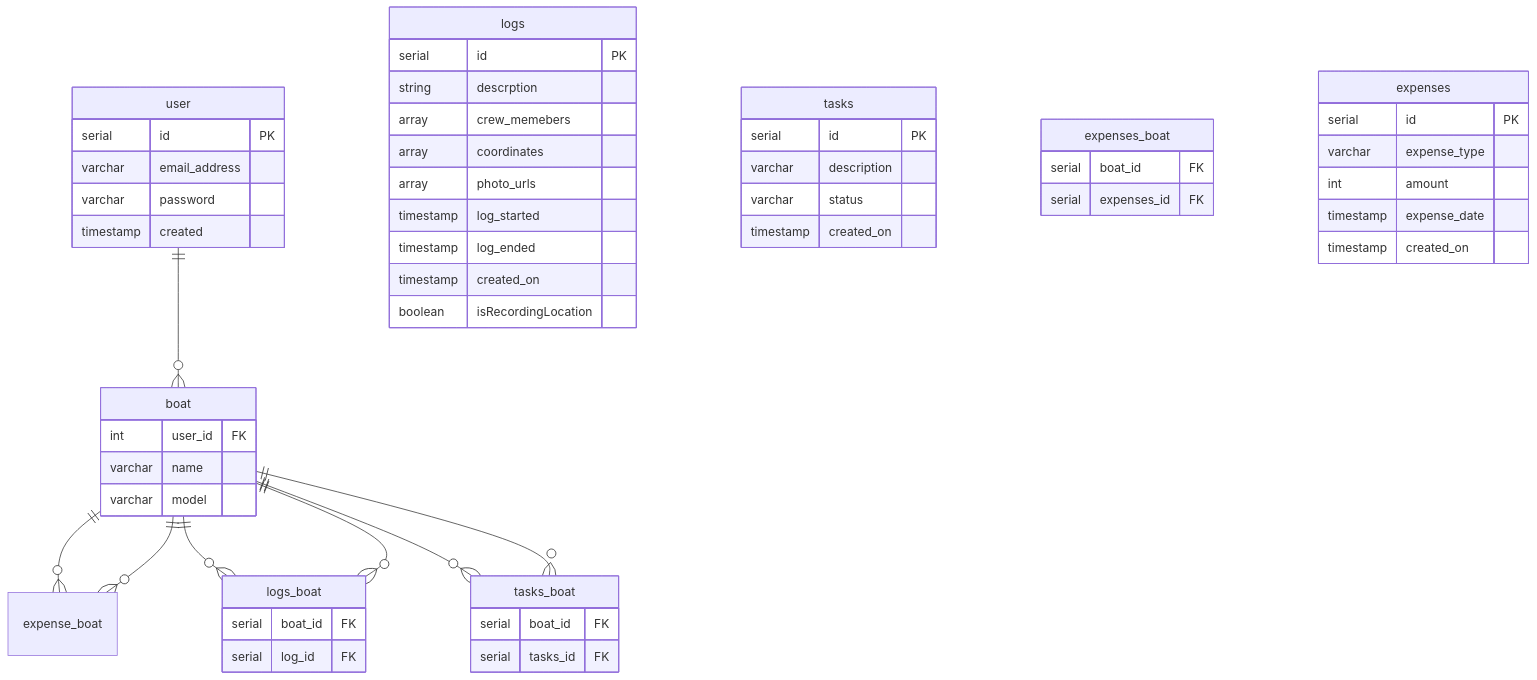
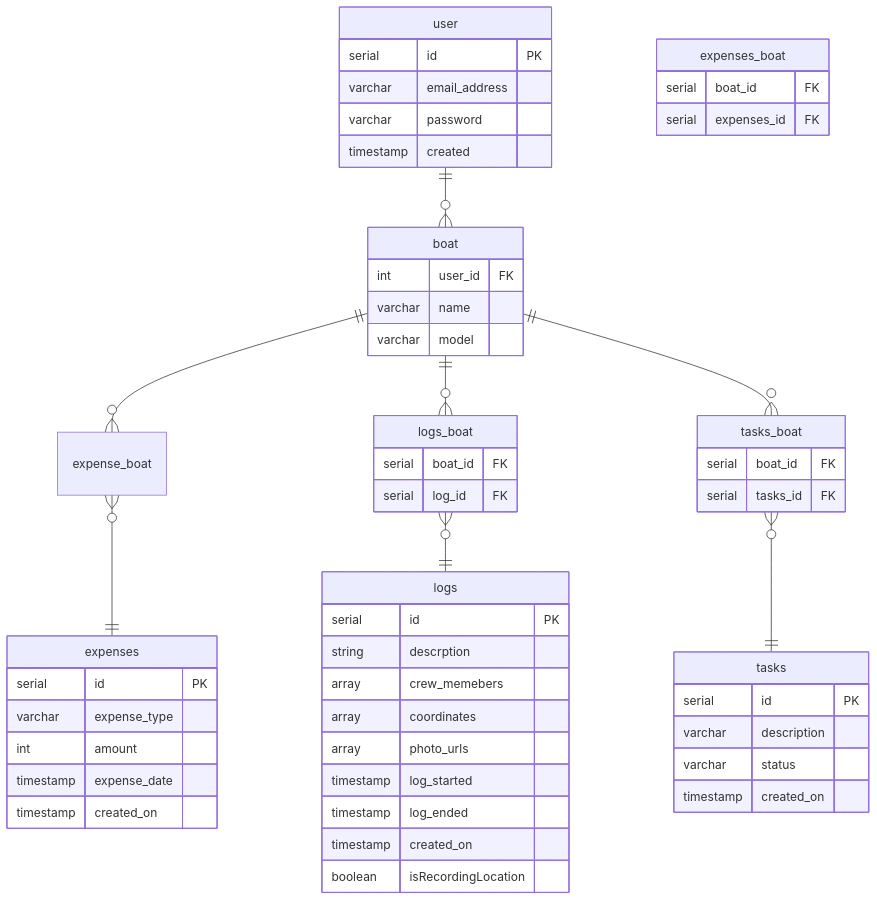
Before and after one commit to conorwaltersUno/BoatOwner: the second of 2 diagrams in README.md, drawn with Mermaid.

Commit message:
ERD updates #3

````diff
--- a/README.md
+++ b/README.md
@@ -32,60 +32,60 @@
 ```mermaid
 erDiagram
     user ||--o{ boat : ""
     boat ||--o{ expense_boat : ""
     boat ||--o{ logs_boat : ""
     boat ||--o{ tasks_boat : ""
-    expense_boat }o--|| boat : ""
-    logs_boat }o--|| boat : ""
-    tasks_boat }o--|| boat : ""
+    logs_boat }o--|| logs : ""
+    tasks_boat }o--|| tasks : ""
+    expense_boat }o--|| expenses : ""
 
 
  user {
     serial id PK
     varchar email_address
     varchar password
     timestamp created
 }
  boat {
     int user_id FK
     varchar name
     varchar model
 }
 logs_boat {
     serial boat_id FK
     serial log_id FK
 }
 logs {
     serial id PK
     string descrption
     array crew_memebers
     array coordinates
     array photo_urls
     timestamp log_started
     timestamp log_ended
     timestamp created_on
     boolean isRecordingLocation
 }
 tasks_boat {
     serial boat_id FK
     serial tasks_id FK
 }
 tasks {
     serial id PK
     varchar description
     varchar status
     timestamp created_on
 }
 expenses_boat {
     serial boat_id FK
     serial expenses_id FK
 }
 expenses {
     serial id PK
     varchar expense_type
     int amount
     timestamp expense_date
     timestamp created_on
 }
 
 ```
````
